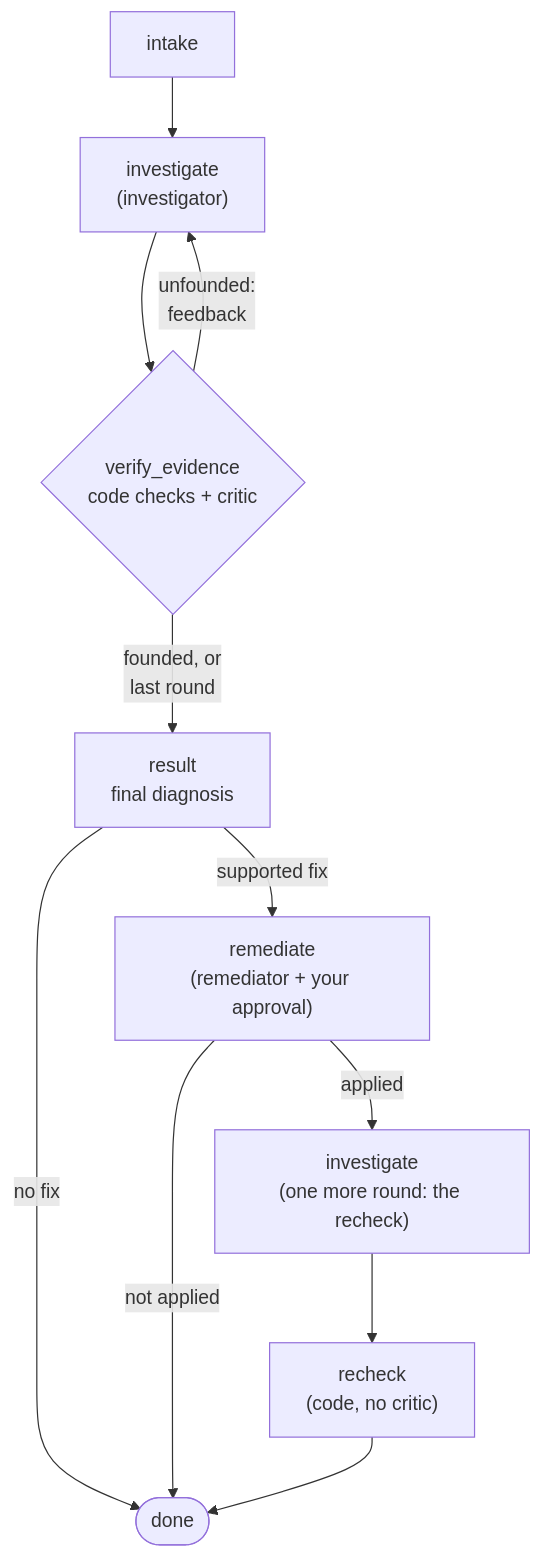
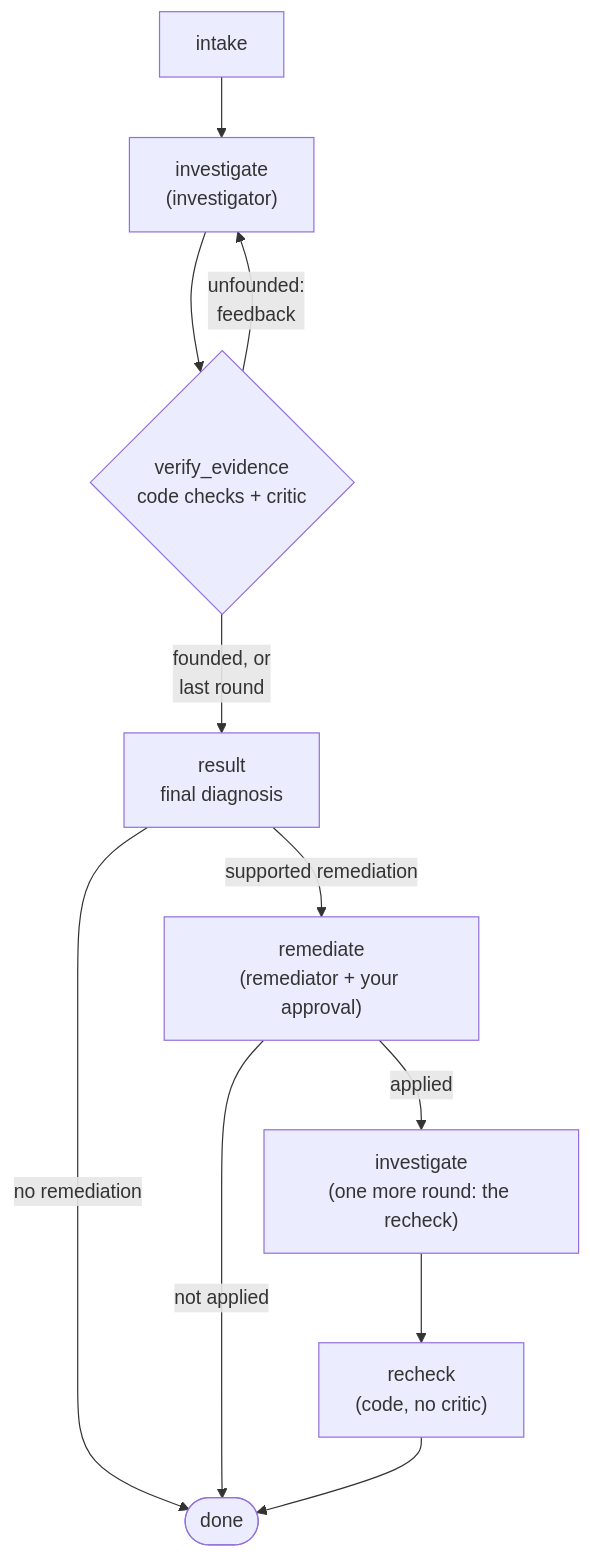
One commit to tomershukhman/k8s-troubleshooting-agent changed the fifth of 6 diagrams in DESIGN.md. Above: the diagram before and after it, drawn with Mermaid. The commit also changed other lines of this file, not shown here.

Commit message:
DESIGN: call it remediation, as the README and the brief do [skip ci]

````diff
--- a/DESIGN.md
+++ b/DESIGN.md
@@ -194,13 +194,13 @@
 ```mermaid
 flowchart TD
     intake["intake"] --> investigate["investigate<br/>(investigator)"]
     investigate --> verify{"verify_evidence<br/>code checks + critic"}
     verify -- "unfounded:<br/>feedback" --> investigate
     verify -- "founded, or<br/>last round" --> result["result<br/>final diagnosis"]
-    result -- "no fix" --> done(["done"])
-    result -- "supported fix" --> remediate["remediate<br/>(remediator + your approval)"]
+    result -- "no remediation" --> done(["done"])
+    result -- "supported remediation" --> remediate["remediate<br/>(remediator + your approval)"]
     remediate -- "not applied" --> done
     remediate -- "applied" --> again["investigate<br/>(one more round: the recheck)"]
     again --> recheck["recheck<br/>(code, no critic)"]
     recheck --> done
 ```
````
